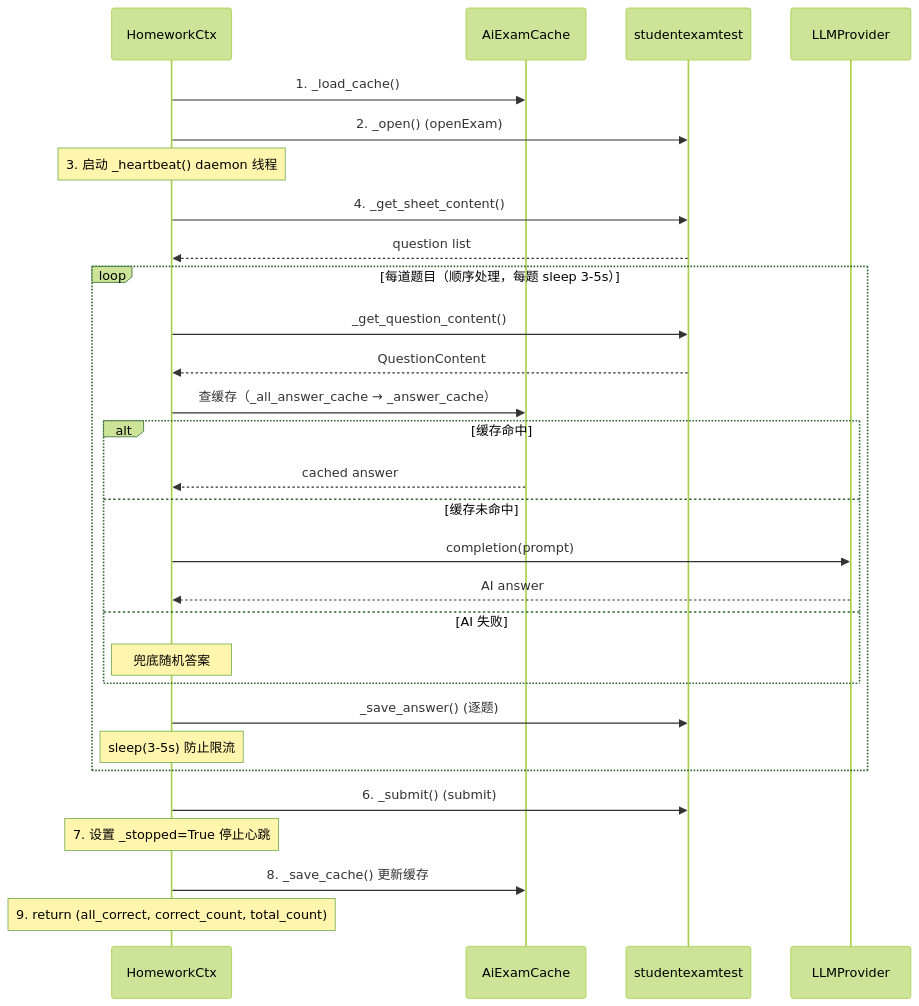
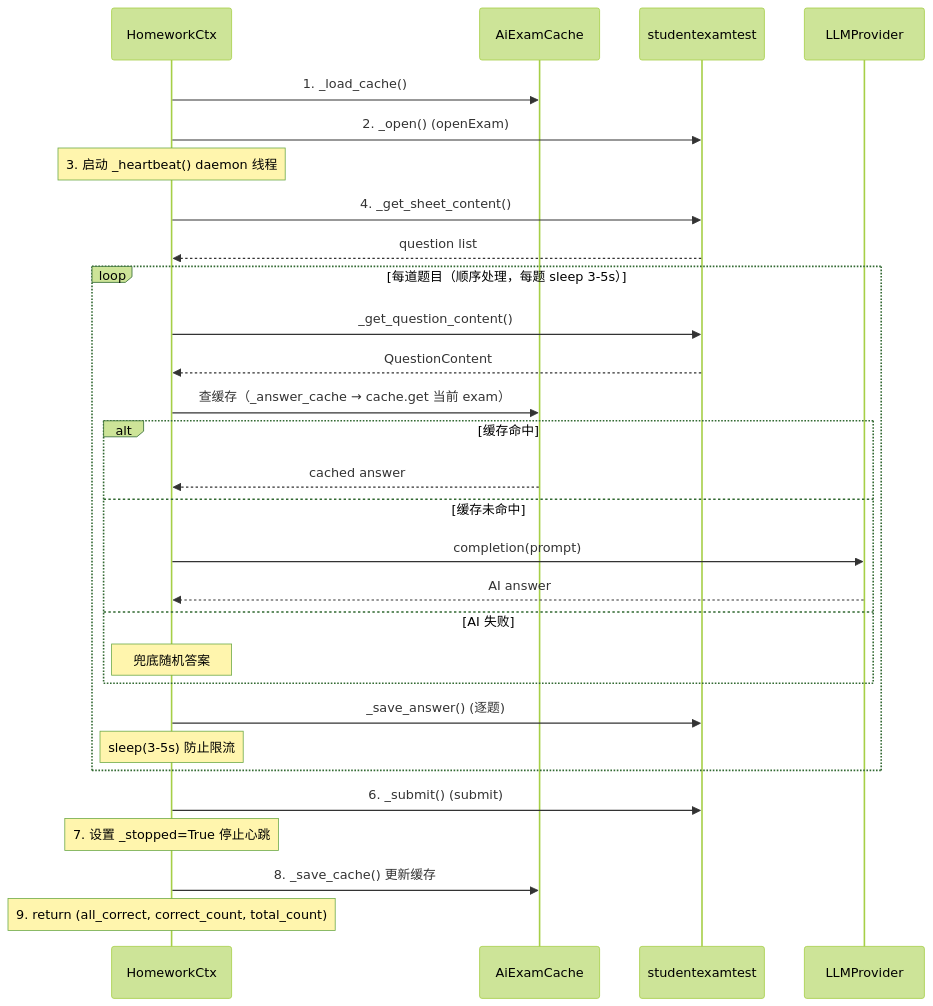
The sixth of 15 diagrams in docs/design.md (pjm314159/zhs), drawn with Mermaid (forest theme) before and after one commit. The commit also changed other lines of this file and 37 other files, not shown here.

````diff
--- a/docs/design.md
+++ b/docs/design.md
@@ -1388,34 +1437,34 @@
 ```mermaid
 sequenceDiagram
     participant H as HomeworkCtx
     participant Cache as AiExamCache
     participant API as studentexamtest
     participant LLM as LLMProvider
 
     H->>Cache: 1. _load_cache()
     H->>API: 2. _open() (openExam)
     Note over H: 3. 启动 _heartbeat() daemon 线程
     H->>API: 4. _get_sheet_content()
     API-->>H: question list
 
     loop 每道题目（顺序处理，每题 sleep 3-5s）
         H->>API: _get_question_content()
         API-->>H: QuestionContent
-        H->>Cache: 查缓存（_all_answer_cache → _answer_cache）
+        H->>Cache: 查缓存（_answer_cache → cache.get 当前 exam）
         alt 缓存命中
             Cache-->>H: cached answer
         else 缓存未命中
             H->>LLM: completion(prompt)
             LLM-->>H: AI answer
         else AI 失败
             Note over H: 兜底随机答案
         end
         H->>API: _save_answer() (逐题)
         Note over H: sleep(3-5s) 防止限流
     end
 
     H->>API: 6. _submit() (submit)
     Note over H: 7. 设置 _stopped=True 停止心跳
     H->>Cache: 8. _save_cache() 更新缓存
     Note over H: 9. return (all_correct, correct_count, total_count)
 ```
````
